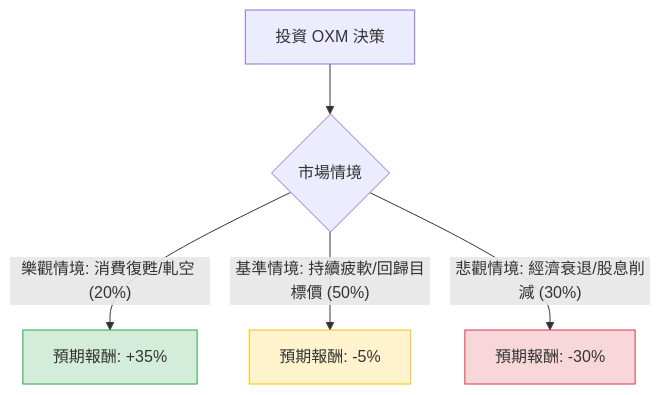
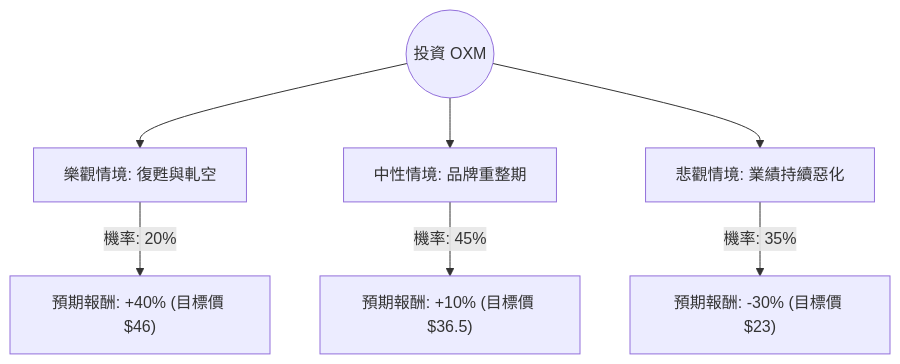
The diagram in plugin-react/ai-analysis/ev-analysis/OXM.md (zmcx16/zmcx16.github.io), drawn with Mermaid before and after one commit. The commit also changed other lines of this file and 73 other files, not shown here.

````diff
--- a/plugin-react/ai-analysis/ev-analysis/OXM.md
+++ b/plugin-react/ai-analysis/ev-analysis/OXM.md
@@ -24,12 +24,10 @@
 ```mermaid
 graph TD
-    A[投資 OXM 決策] --> B{市場情境}
-    
-    B -- 樂觀情境: 消費復甦/軋空 (20%) --> C[預期報酬: +35%]
-    B -- 基準情境: 持續疲軟/回歸目標價 (50%) --> D[預期報酬: -5%]
-    B -- 悲觀情境: 經濟衰退/股息削減 (30%) --> E[預期報酬: -30%]
+    Start((投資 OXM)) --> Bull[樂觀情境: 復甦與軋空]
+    Start --> Base[中性情境: 品牌重整期]
+    Start --> Bear[悲觀情境: 業績持續惡化]
 
-    style C fill:#d4edda,stroke:#28a745
-    style D fill:#fff3cd,stroke:#ffc107
-    style E fill:#f8d7da,stroke:#dc3545
+    Bull -- "機率: 20%" --> BullResult["預期報酬: +40% (目標價 $46)"]
+    Base -- "機率: 45%" --> BaseResult["預期報酬: +10% (目標價 $36.5)"]
+    Bear -- "機率: 35%" --> BearResult["預期報酬: -30% (目標價 $23)"]
 ```
````
